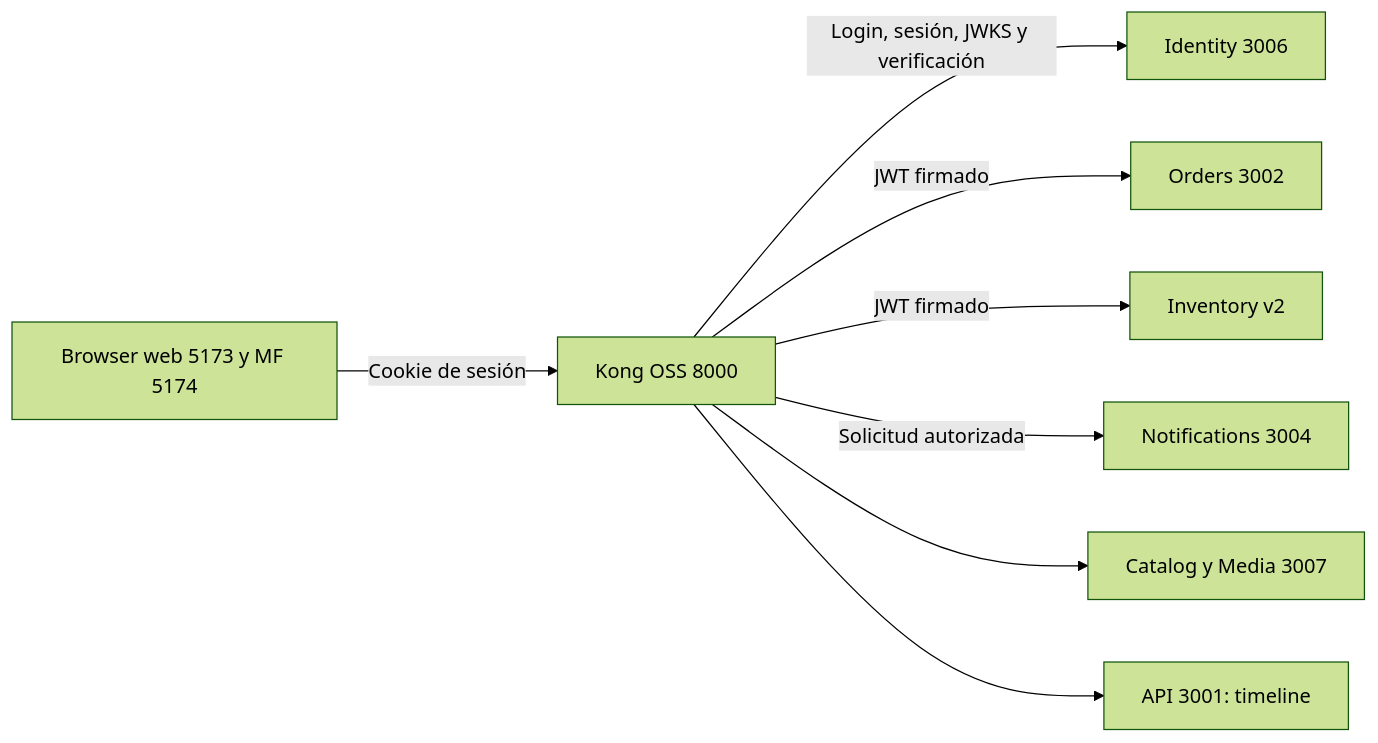
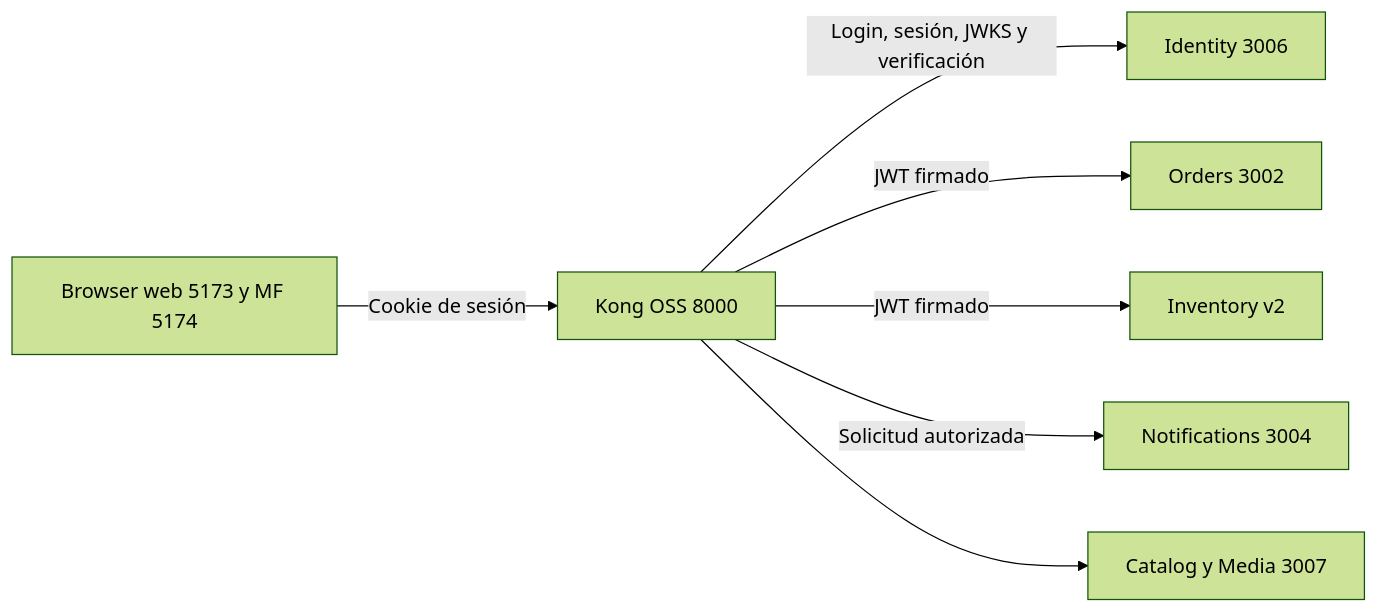
Before and after one commit to rodrigop23/mercadoya-curso-asd: the diagram in README.md, drawn with Mermaid (forest theme). The commit also changed other lines of this file and 69 other files, not shown here.

First line of the commit message:
refactor(events): retira la timeline y el runtime HTTP de eventos

````diff
--- a/README.md
+++ b/README.md
@@ -100,10 +100,9 @@
 ```mermaid
 flowchart LR
   Browser[Browser web 5173 y MF 5174] -->|Cookie de sesión| Kong[Kong OSS 8000]
   Kong -->|Login, sesión, JWKS y verificación| Identity[Identity 3006]
   Kong -->|JWT firmado| Orders[Orders 3002]
   Kong -->|JWT firmado| Inventory[Inventory v2]
   Kong -->|Solicitud autorizada| Notifications[Notifications 3004]
   Kong --> Catalog[Catalog y Media 3007]
-  Kong --> API[API 3001: timeline]
 ```
````
